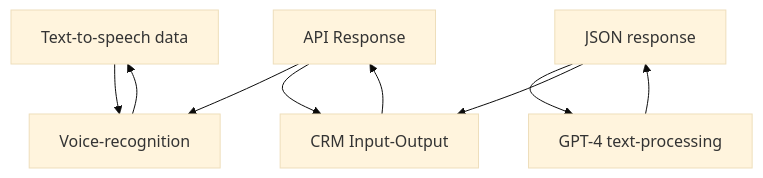
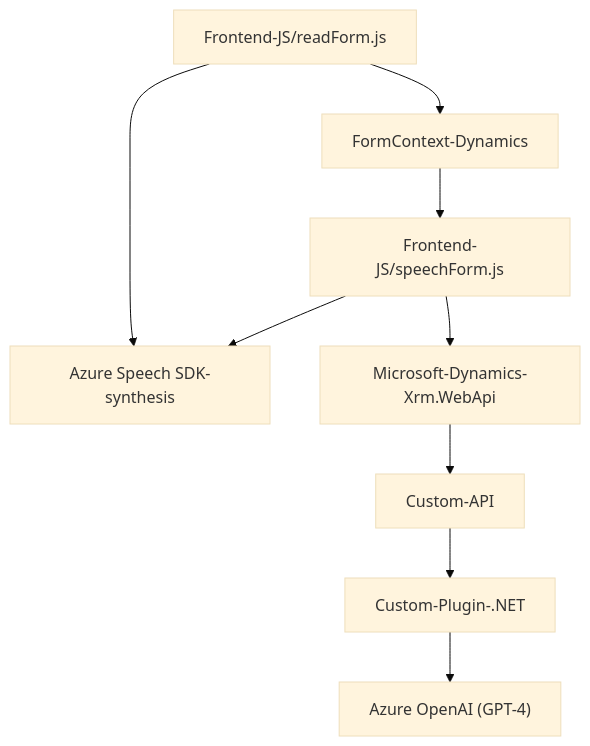
One commit to blopezdm/NETCORE_BILBAO2025 changed the diagram in README.md. Above: the diagram before and after it, drawn with Mermaid (base theme). The commit also changed other lines of this file, not shown here.

````diff
--- a/README.md
+++ b/README.md
@@ -63,18 +38,11 @@
 ```mermaid
 graph TD
-    A[Frontend readForm.js]
-    B[Frontend speechForm.js]
-    C[Plugin TransformTextWithAzureAI.cs]
-    D[Azure Speech SDK]
-    E[Azure OpenAI API]
-    F[Dynamics CRM WebApi]
-
-    A --> D["Voice-processing"]
-    B --> D["Voice-recognition"]
-    B --> F["Custom API Call"]
-    C --> E["GPT-4 text-processing"]
-    C --> F["CRM Input-Output"]
-    D --> A["Text-to-speech data"]
-    E --> C["JSON response"]
-    F --> B["API Response"]
+A[Frontend-JS/readForm.js] --> B["Azure Speech SDK-synthesis"]
+A --> C["FormContext-Dynamics"]
+C --> D[Frontend-JS/speechForm.js]
+D --> B
+D --> E["Microsoft-Dynamics-Xrm.WebApi"]
+E --> F["Custom-API"]
+F --> G["Custom-Plugin-.NET"]
+G --> H["Azure OpenAI (GPT-4)"]
 ```
````
